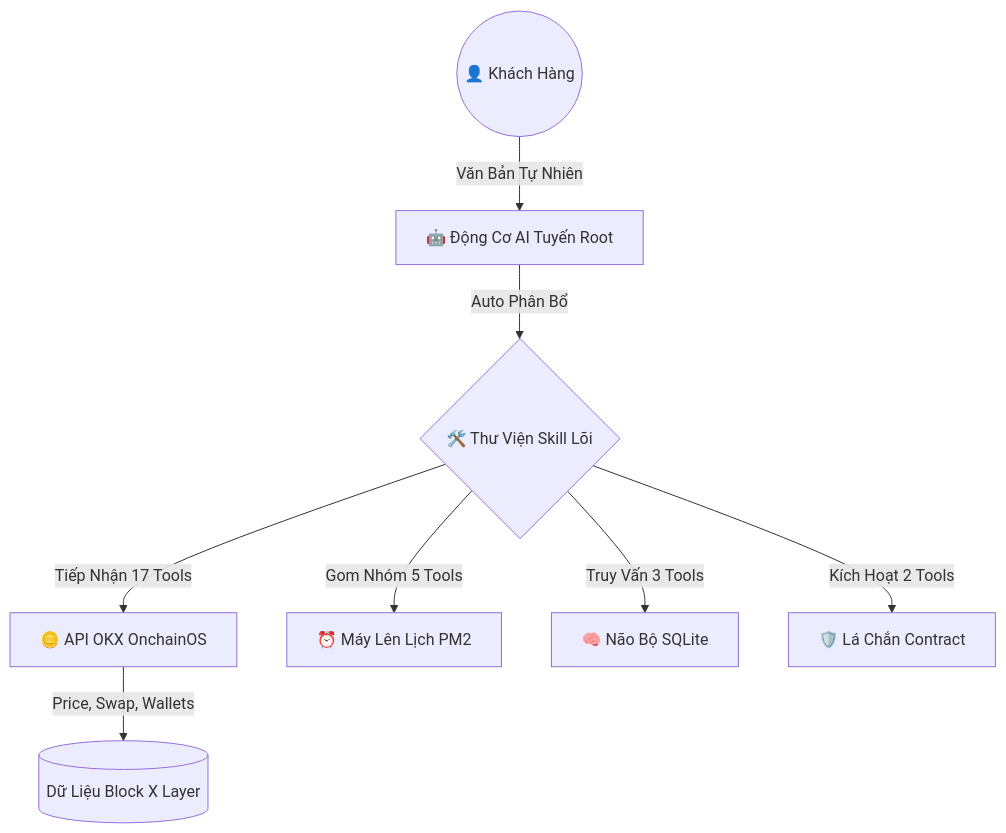
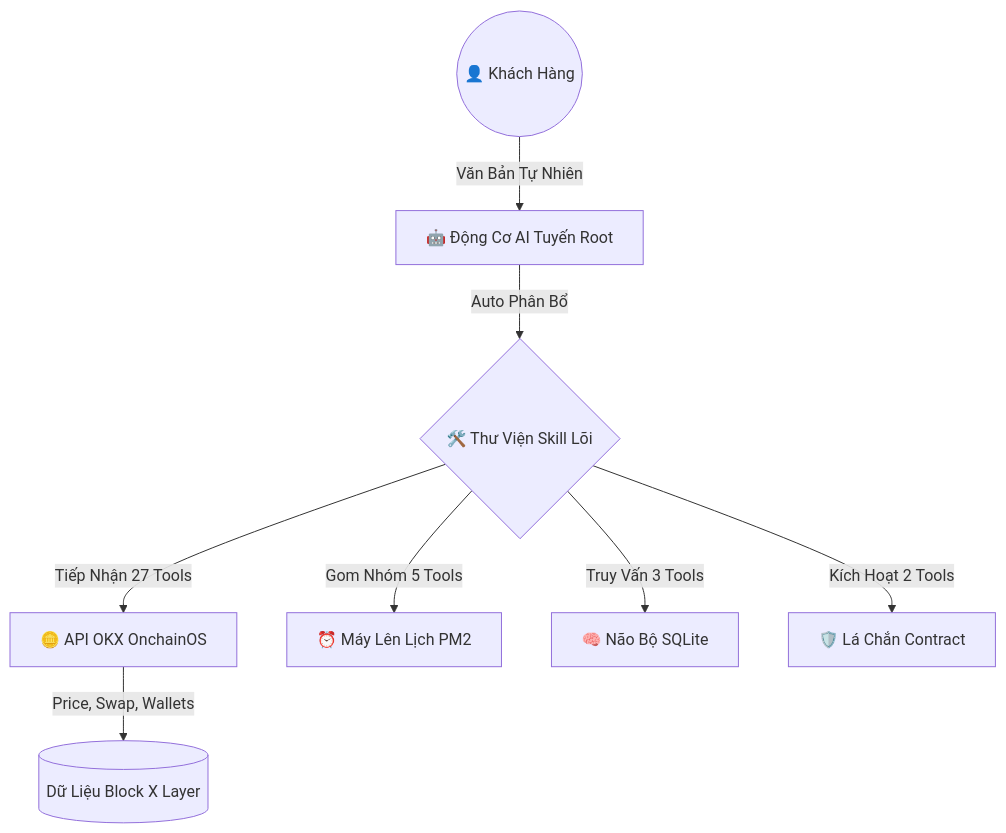
Before and after one commit to haivcon/xbot: the third of 6 diagrams in README.md, drawn with Mermaid. The commit also changed other lines of this file and 19 other files, not shown here.

````diff
--- a/README.md
+++ b/README.md
@@ -749,10 +828,10 @@
 ```mermaid
 graph TD;
     User((👤 Khách Hàng)) -->|Văn Bản Tự Nhiên| Core[🤖 Động Cơ AI Tuyến Root];
     Core -->|Auto Phân Bổ| Tools{🛠️ Thư Viện Skill Lõi};
-    Tools -->|Tiếp Nhận 17 Tools| Onchain[🪙 API OKX OnchainOS];
+    Tools -->|Tiếp Nhận 27 Tools| Onchain[🪙 API OKX OnchainOS];
     Tools -->|Gom Nhóm 5 Tools| Scheduler[⏰ Máy Lên Lịch PM2];
     Tools -->|Truy Vấn 3 Tools| Memory[🧠 Não Bộ SQLite];
     Tools -->|Kích Hoạt 2 Tools| Security[🛡️ Lá Chắn Contract];
     Onchain -->|Price, Swap, Wallets| XLayer[(Dữ Liệu Block X Layer)];
 ```
````
